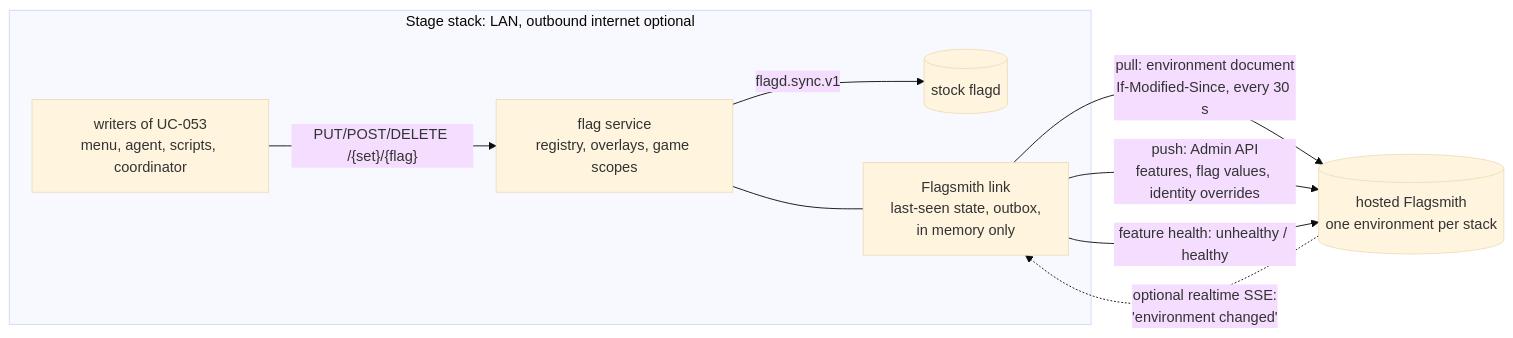
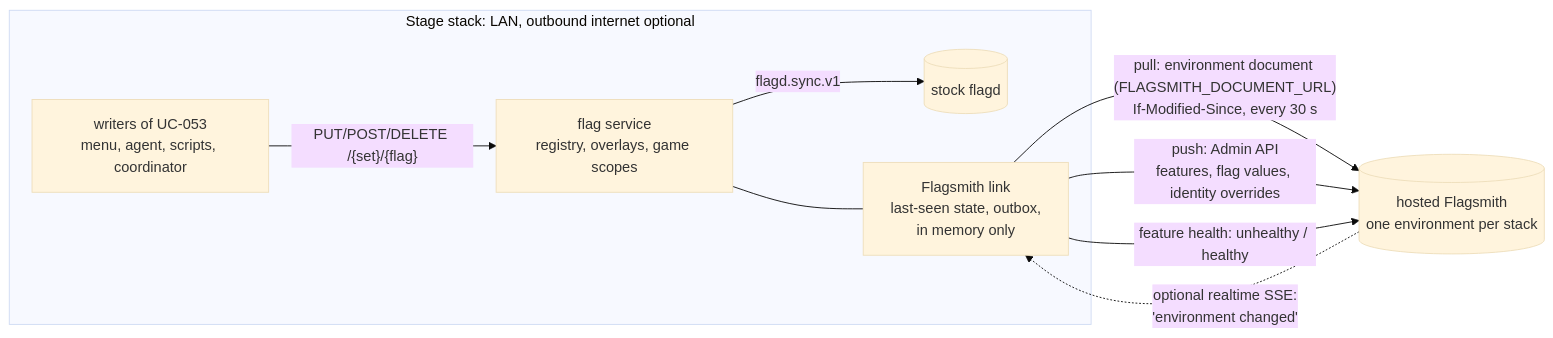
One commit to orange-case/JoustMania changed the diagram in docs/architecture/flagsmith-sync.md. Above: the diagram before and after it, drawn with Mermaid (base theme). The commit also changed other lines of this file and 5 other files, not shown here.

First line of the commit message:
docs(spec): restart rule by API key, edge document URL, kill-switch order fixes (#2587)

````diff
--- a/docs/architecture/flagsmith-sync.md
+++ b/docs/architecture/flagsmith-sync.md
@@ -34,12 +34,12 @@
 ```mermaid
 flowchart LR
     subgraph stack [Stage stack: LAN, outbound internet optional]
         writers[writers of UC-053<br/>menu, agent, scripts, coordinator] -->|"PUT/POST/DELETE /{set}/{flag}"| fs
         fs[flag service<br/>registry, overlays, game scopes] -->|flagd.sync.v1| flagd[(stock flagd)]
         fs --- link[Flagsmith link<br/>last-seen state, outbox,<br/>in memory only]
     end
-    link -->|"pull: environment document<br/>If-Modified-Since, every 30 s"| fsm[(hosted Flagsmith<br/>one environment per stack)]
+    link -->|"pull: environment document (FLAGSMITH_DOCUMENT_URL)<br/>If-Modified-Since, every 30 s"| fsm[(hosted Flagsmith<br/>one environment per stack)]
     link -->|"push: Admin API<br/>features, flag values, identity overrides"| fsm
     fsm -.->|"optional realtime SSE:<br/>'environment changed'"| link
     link -->|"feature health: unhealthy / healthy"| fsm
 ```
````
